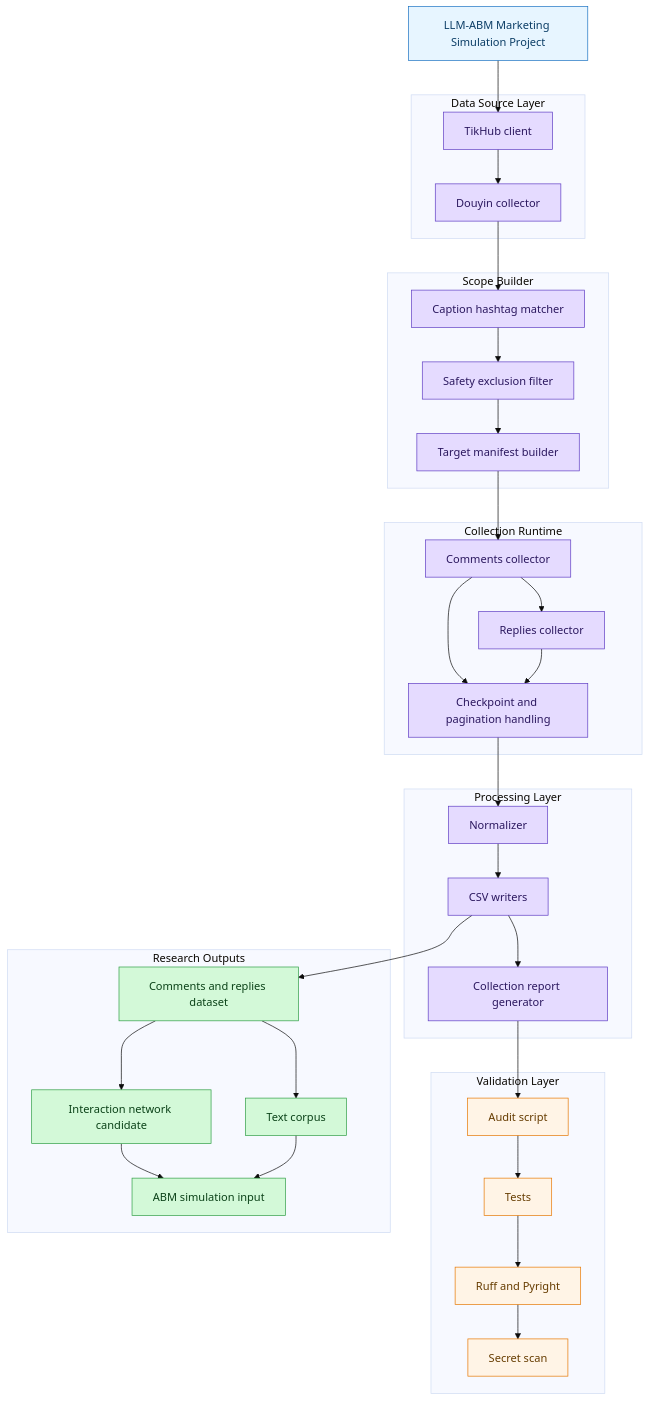
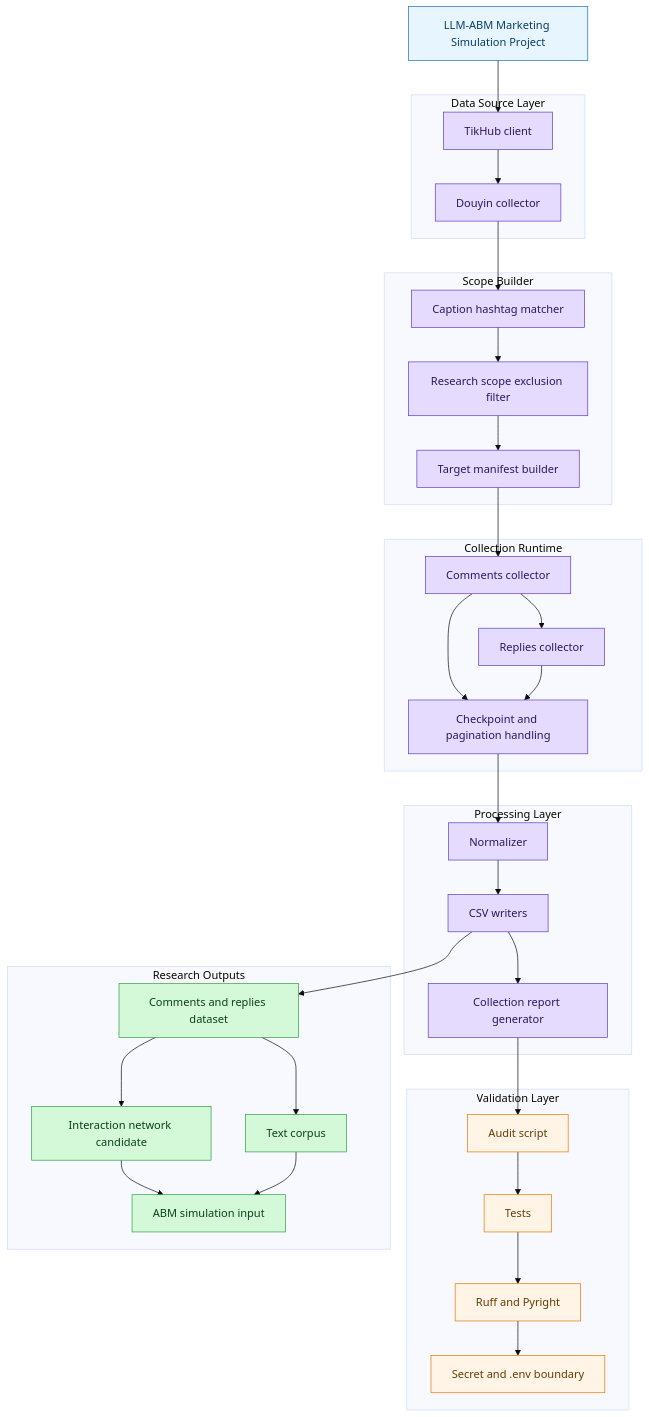
One commit to liu-qingyuan/llm-abm-marketing-sim changed the third of 4 diagrams in docs/05-周报/2026-06-20-锦江酒店Douyin评论与回复数据集构建及LLM-ABM研究支撑.md. Above: the diagram before and after it, drawn with Mermaid (base theme). The commit also changed other lines of this file and 2 other files, not shown here.

First line of the commit message:
Refine Jinjiang Douyin scope around brand-owned hotel tags

````diff
--- a/docs/05-周报/2026-06-20-锦江酒店Douyin评论与回复数据集构建及LLM-ABM研究支撑.md
+++ b/docs/05-周报/2026-06-20-锦江酒店Douyin评论与回复数据集构建及LLM-ABM研究支撑.md
@@ -197,73 +233,73 @@
 ```mermaid
 graph TB
     project["LLM-ABM Marketing Simulation Project"]
 
     subgraph dataSource["Data Source Layer"]
         tikhubClient["TikHub client"]
         douyinCollector["Douyin collector"]
     end
 
     subgraph scopeBuilder["Scope Builder"]
         captionMatcher["Caption hashtag matcher"]
-        exclusionFilter["Safety exclusion filter"]
+        exclusionFilter["Research scope exclusion filter"]
         manifestBuilder["Target manifest builder"]
     end
 
     subgraph runtime["Collection Runtime"]
         commentsCollector["Comments collector"]
         repliesCollector["Replies collector"]
         pagination["Checkpoint and pagination handling"]
     end
 
     subgraph processing["Processing Layer"]
         normalizer["Normalizer"]
         csvWriters["CSV writers"]
         reportGenerator["Collection report generator"]
     end
 
     subgraph validation["Validation Layer"]
         auditScript["Audit script"]
         tests["Tests"]
         staticChecks["Ruff and Pyright"]
-        secretScan["Secret scan"]
+        secretScan["Secret and .env boundary"]
     end
 
     subgraph research["Research Outputs"]
         dataset["Comments and replies dataset"]
         networkCandidate["Interaction network candidate"]
         corpus["Text corpus"]
         abmInput["ABM simulation input"]
     end
 
     project --> tikhubClient
     tikhubClient --> douyinCollector
     douyinCollector --> captionMatcher
     captionMatcher --> exclusionFilter
     exclusionFilter --> manifestBuilder
     manifestBuilder --> commentsCollector
     commentsCollector --> repliesCollector
     commentsCollector --> pagination
     repliesCollector --> pagination
     pagination --> normalizer
     normalizer --> csvWriters
     csvWriters --> reportGenerator
     reportGenerator --> auditScript
     auditScript --> tests
     tests --> staticChecks
     staticChecks --> secretScan
     csvWriters --> dataset
     dataset --> networkCandidate
     dataset --> corpus
     networkCandidate --> abmInput
     corpus --> abmInput
 
     classDef layerClass fill:#e7f5ff,stroke:#1971c2,color:#0b3d66
     classDef processClass fill:#e5dbff,stroke:#5f3dc4,color:#2b185f
     classDef validationClass fill:#fff4e6,stroke:#e67700,color:#663c00
     classDef outputClass fill:#d3f9d8,stroke:#2f9e44,color:#0b4218
 
     class project layerClass
     class tikhubClient,douyinCollector,captionMatcher,exclusionFilter,manifestBuilder,commentsCollector,repliesCollector,pagination,normalizer,csvWriters,reportGenerator processClass
     class auditScript,tests,staticChecks,secretScan validationClass
     class dataset,networkCandidate,corpus,abmInput outputClass
 ```
````
